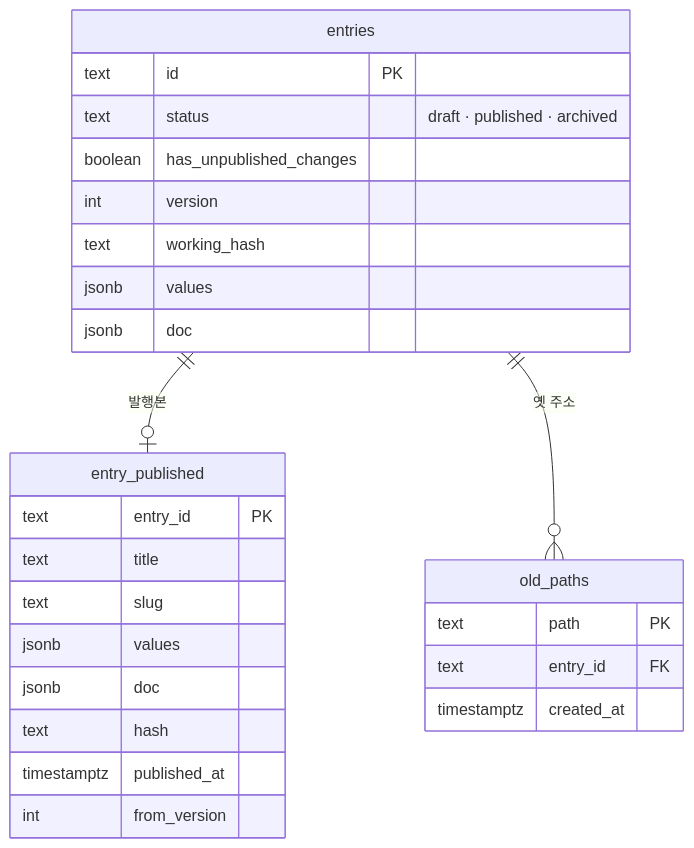
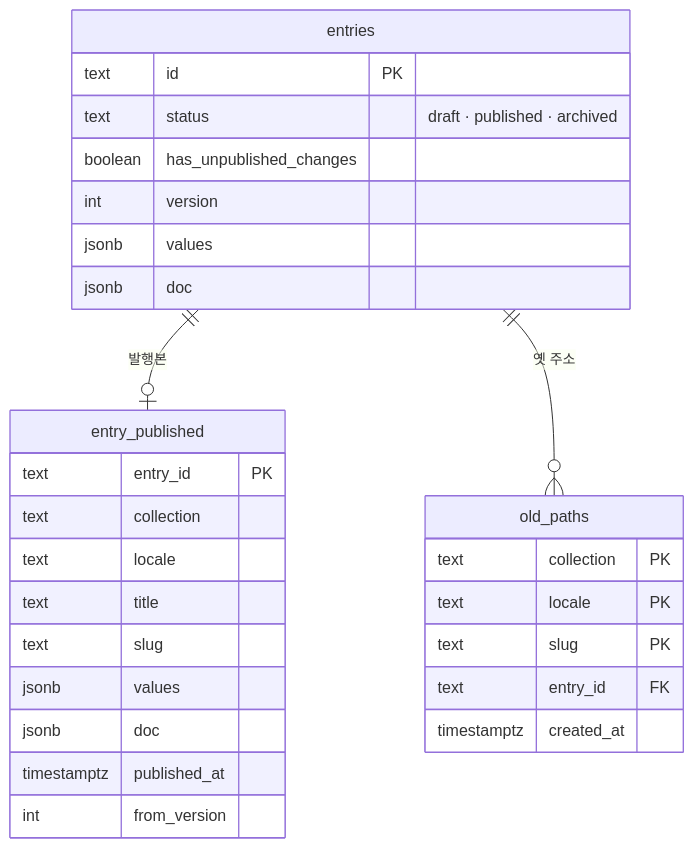
Before and after one commit to monti-cms/monti: the fourth of 4 diagrams in docs/design/features/02-entry-lifecycle.md, drawn with Mermaid. The commit also changed other lines of this file and 19 other files, not shown here.

````diff
--- a/docs/design/features/02-entry-lifecycle.md
+++ b/docs/design/features/02-entry-lifecycle.md
@@ -133,29 +133,31 @@
 ```mermaid
 erDiagram
   entries ||--o| entry_published : "발행본"
   entries ||--o{ old_paths : "옛 주소"
   entries {
     text id PK
     text status "draft · published · archived"
     boolean has_unpublished_changes
     int version
-    text working_hash
     jsonb values
     jsonb doc
   }
   entry_published {
     text entry_id PK
+    text collection
+    text locale
     text title
     text slug
     jsonb values
     jsonb doc
-    text hash
     timestamptz published_at
     int from_version
   }
   old_paths {
-    text path PK
+    text collection PK
+    text locale PK
+    text slug PK
     text entry_id FK
     timestamptz created_at
   }
 ```
````
